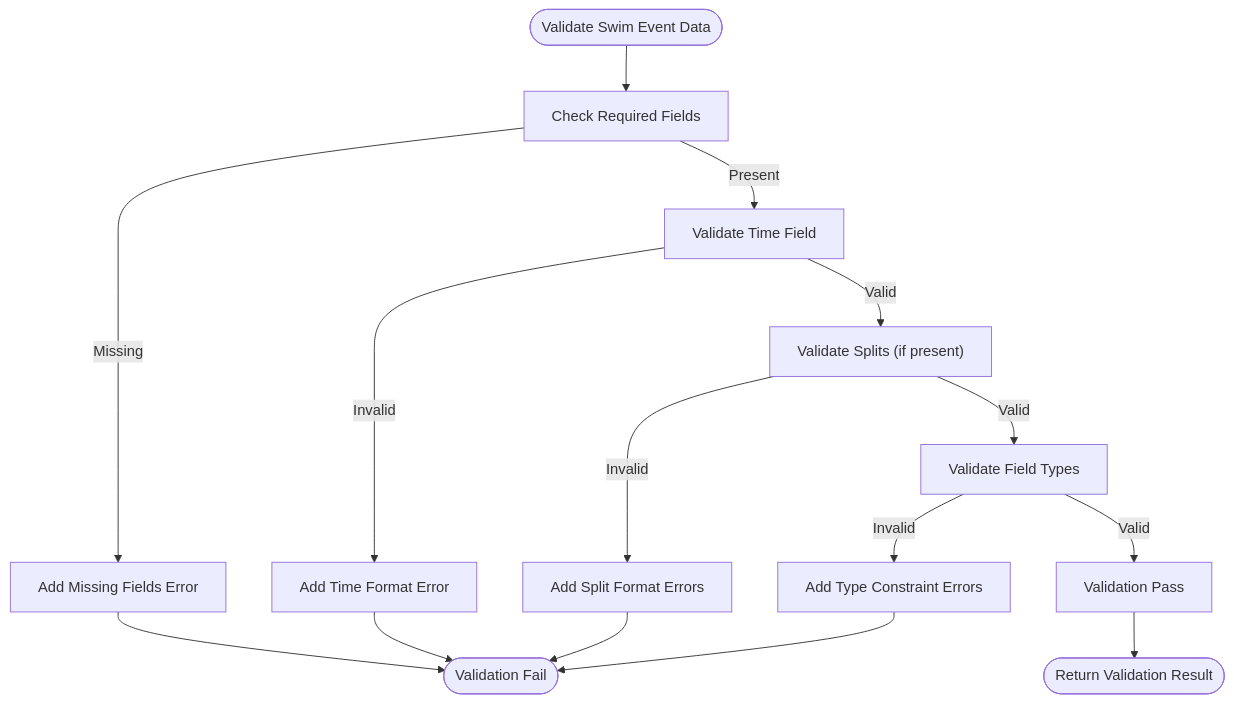
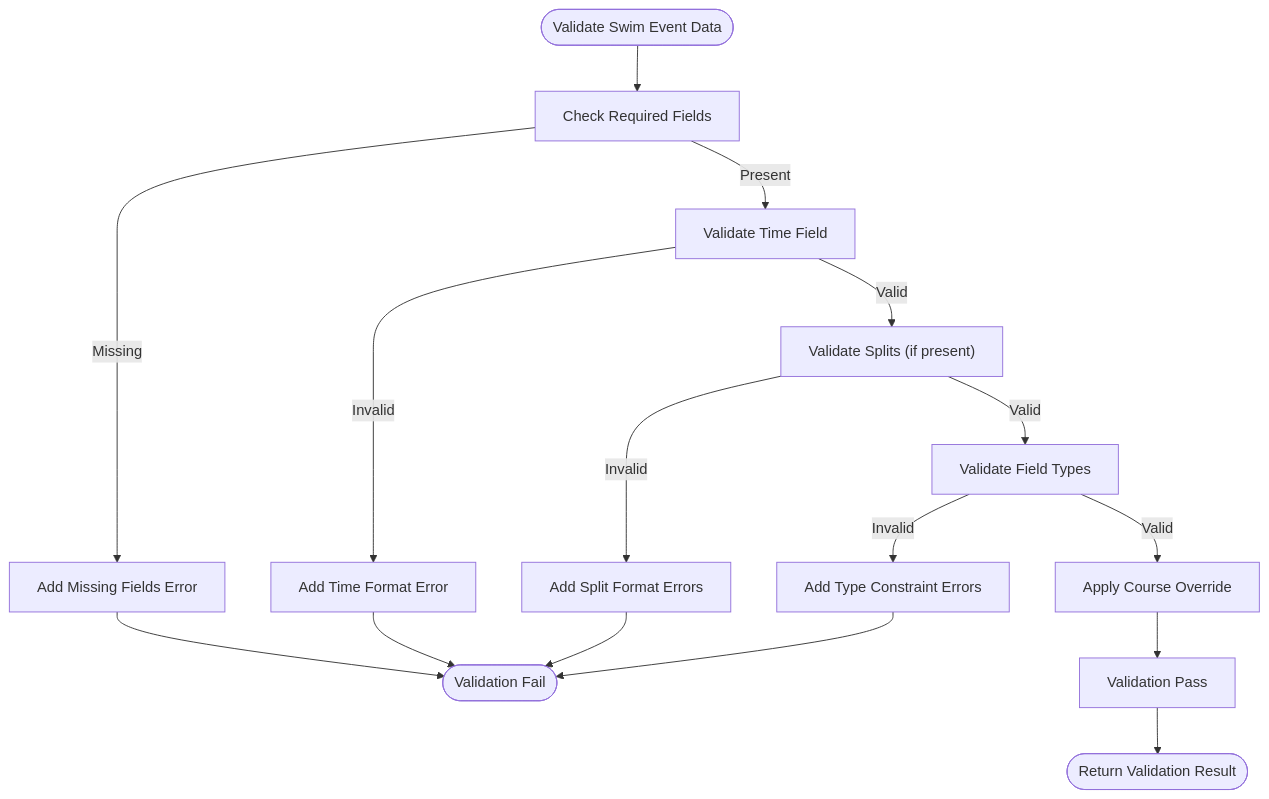
The sixth of 9 diagrams in .qoder/repowiki/en/content/Feature Modules/OCR Integration.md (Johnny22056/SwimingStatus), drawn with Mermaid before and after one commit. The commit also changed other lines of this file and 4 other files, not shown here.

First line of the commit message:
feat: UI polish across all pages, icon updates, course override additions

````diff
--- a/.qoder/repowiki/en/content/Feature Modules/OCR Integration.md
+++ b/.qoder/repowiki/en/content/Feature Modules/OCR Integration.md
@@ -338,17 +372,18 @@
 ```mermaid
 flowchart TD
 VStart(["Validate Swim Event Data"]) --> ReqFields["Check Required Fields"]
 ReqFields --> |Missing| AddReqErr["Add Missing Fields Error"]
 ReqFields --> |Present| CheckTime["Validate Time Field"]
 CheckTime --> |Invalid| AddTimeErr["Add Time Format Error"]
 CheckTime --> |Valid| CheckSplits["Validate Splits (if present)"]
 CheckSplits --> |Invalid| AddSplitErr["Add Split Format Errors"]
 CheckSplits --> |Valid| TypeCheck["Validate Field Types"]
 TypeCheck --> |Invalid| AddTypeErr["Add Type Constraint Errors"]
-TypeCheck --> |Valid| Pass["Validation Pass"]
+TypeCheck --> |Valid| ApplyOverride["Apply Course Override"]
+ApplyOverride --> Pass["Validation Pass"]
 AddReqErr --> Fail(["Validation Fail"])
 AddTimeErr --> Fail
 AddSplitErr --> Fail
 AddTypeErr --> Fail
 Pass --> DoneV(["Return Validation Result"])
 ```
````
